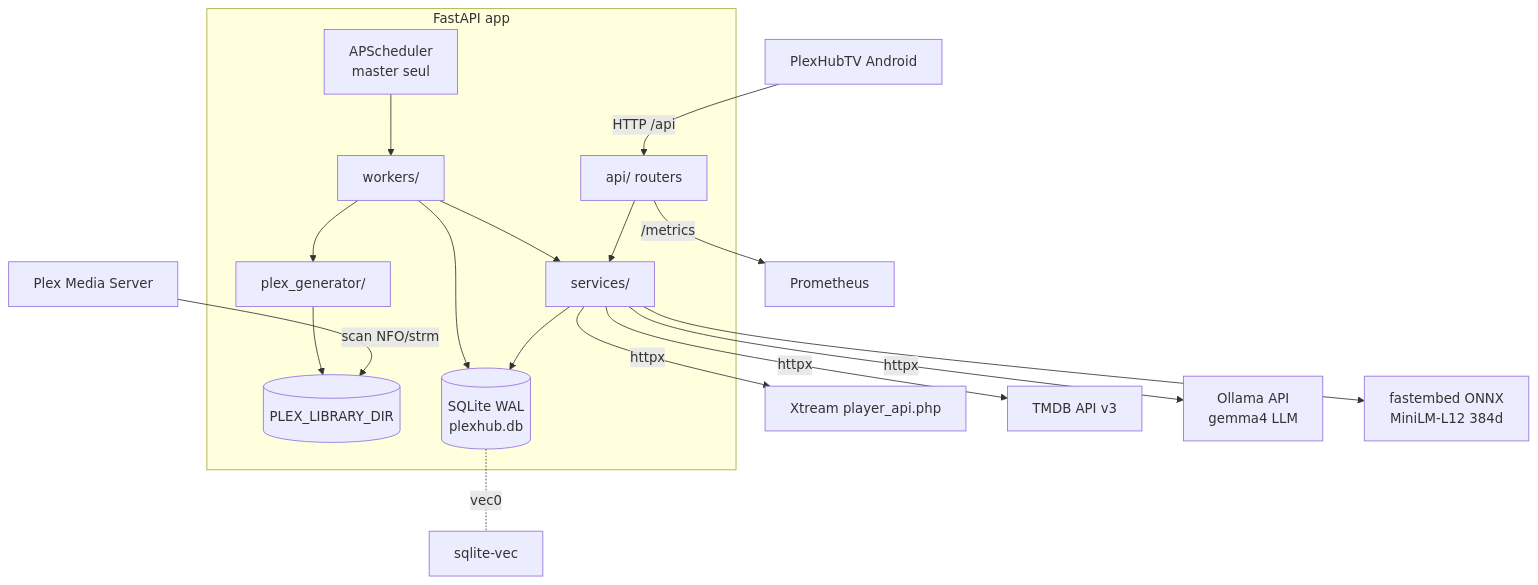
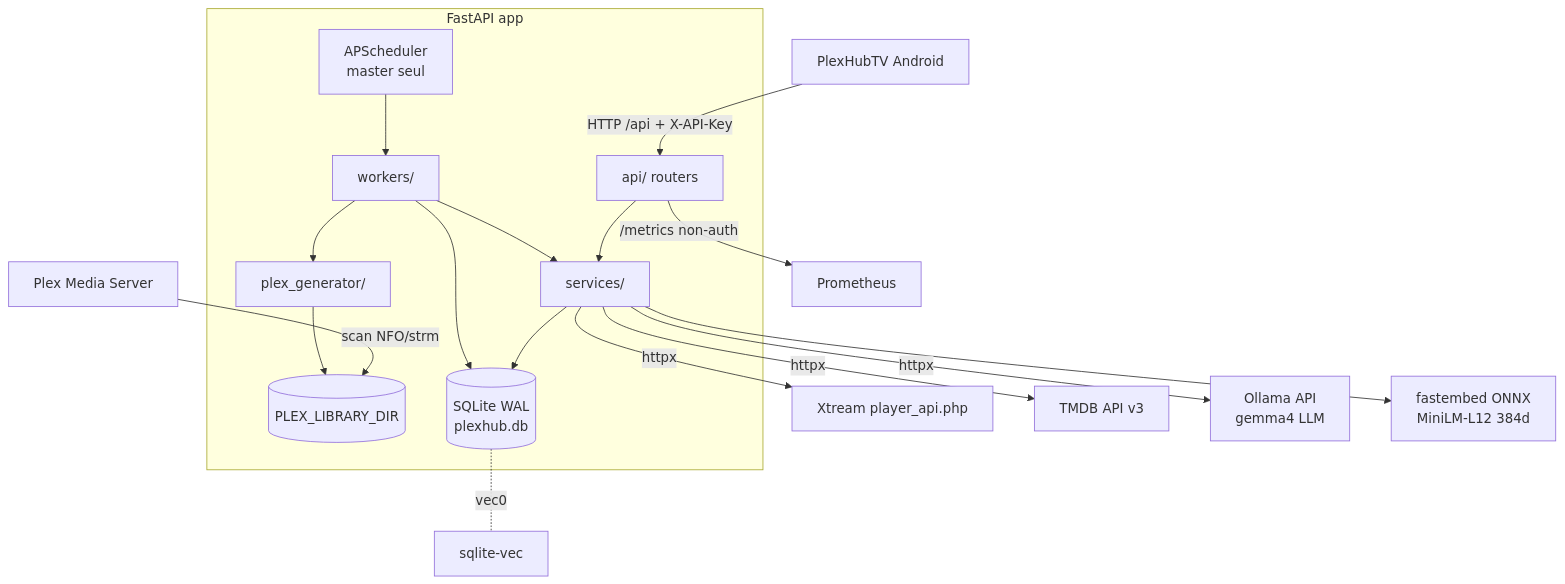
Before and after one commit to ChakirHamzaChahid/Plexhub-Backend: the first of 2 diagrams in docs/architecture/ARCHITECTURE.md, drawn with Mermaid. The commit also changed other lines of this file and 1 other file, not shown here.

First line of the commit message:
docs: refresh-context @ HEAD 742cd5d (CLAUDE.md + ARCHITECTURE.md)

````diff
--- a/docs/architecture/ARCHITECTURE.md
+++ b/docs/architecture/ARCHITECTURE.md
@@ -11,19 +18,19 @@
 ```mermaid
 flowchart TB
-    Android[PlexHubTV Android] -->|HTTP /api| API
+    Android[PlexHubTV Android] -->|HTTP /api + X-API-Key| API
     Plex[Plex Media Server] -->|scan NFO/strm| FS[(PLEX_LIBRARY_DIR)]
     subgraph Backend [FastAPI app]
         API[api/ routers] --> SVC[services/]
         SCHED[APScheduler\nmaster seul] --> W[workers/]
         W --> SVC
         SVC --> DB[(SQLite WAL\nplexhub.db)]
         W --> DB
         W --> GEN[plex_generator/] --> FS
     end
     SVC -->|httpx| XT[Xtream player_api.php]
     SVC -->|httpx| TMDB[TMDB API v3]
     SVC -->|httpx| OLL[Ollama API\ngemma4 LLM]
     SVC --> EMB[fastembed ONNX\nMiniLM-L12 384d]
     DB -. vec0 .- VEC[sqlite-vec]
-    API -->|/metrics| PROM[Prometheus]
+    API -->|/metrics non-auth| PROM[Prometheus]
 ```
````
